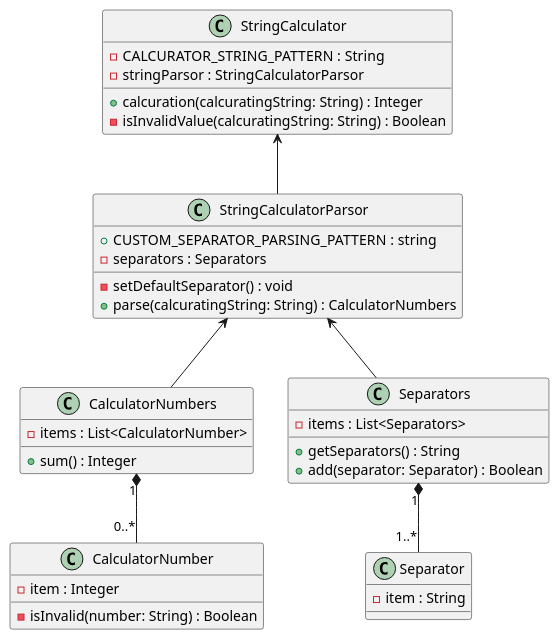
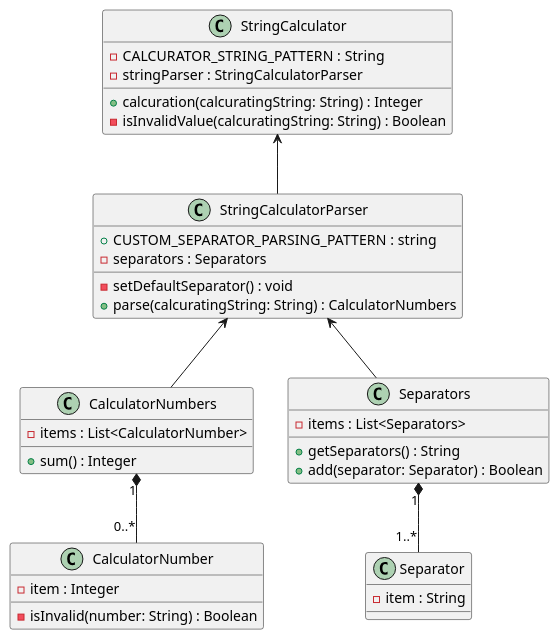
One commit to next-step/java-lotto-pro changed the diagram in classdiagram/StringCalcurator.pu. Above: the diagram before and after it, drawn with PlantUML. The commit also changed 3 other files, not shown here.

```diff
--- a/classdiagram/StringCalcurator.pu
+++ b/classdiagram/StringCalcurator.pu
@@ -1,49 +1,49 @@
 @startuml StringCalculator
 class StringCalculator {
 	- CALCURATOR_STRING_PATTERN : String
-	- stringParsor : StringCalculatorParsor
+	- stringParser : StringCalculatorParser
 
 	+ calcuration(calcuratingString: String) : Integer
 	- isInvalidValue(calcuratingString: String) : Boolean
 }
 
-class StringCalculatorParsor {
+class StringCalculatorParser {
 	+ CUSTOM_SEPARATOR_PARSING_PATTERN : string
 	- separators : Separators
 
 	- setDefaultSeparator() : void
 	+ parse(calcuratingString: String) : CalculatorNumbers
 }
 
 class CalculatorNumbers {
 	- items : List<CalculatorNumber>
 
 	+ sum() : Integer
 }
 
 class CalculatorNumber {
 	- item : Integer
 
 	- isInvalid(number: String) : Boolean
 }
 
 class Separators {
 	- items : List<Separators>
 
 	+ getSeparators() : String
 	+ add(separator: Separator) : Boolean
 }
 
 class Separator {
 	- item : String
 }
 
-StringCalculator <-- StringCalculatorParsor
+StringCalculator <-- StringCalculatorParser
 
-StringCalculatorParsor <-- CalculatorNumbers
-StringCalculatorParsor  <--  Separators
+StringCalculatorParser <-- CalculatorNumbers
+StringCalculatorParser  <--  Separators
 
 CalculatorNumbers "1" *-- "0..*" CalculatorNumber
 
 Separators "1" *-- "1..*" Separator
 @enduml
```
